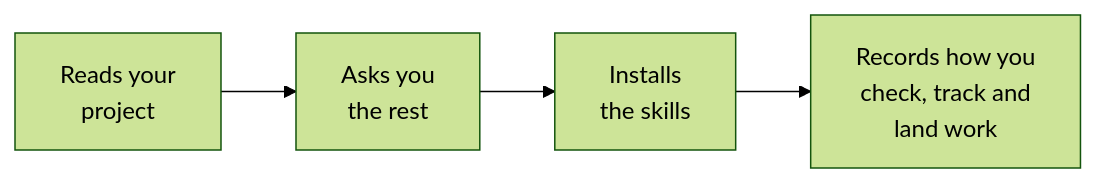
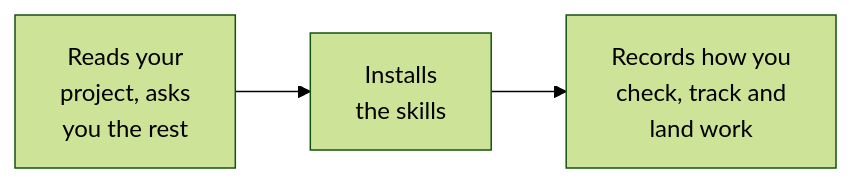
One commit to brandonbews/pumptrack changed the fourth of 4 diagrams in README.md. Above: the diagram before and after it, drawn with Mermaid (forest theme). The commit also changed other lines of this file, not shown here.

Commit message:
README diagrams fit GitHub's renderer: four diagrams, three boxes across, clear of its zoom controls

````diff
--- a/README.md
+++ b/README.md
@@ -48,4 +56,4 @@
 ```mermaid
 flowchart LR
-  read["Reads your<br/>project"] --> ask["Asks you<br/>the rest"] --> install["Installs<br/>the skills"] --> notes["Records how you<br/>check, track and<br/>land work"]
+  read["Reads your<br/>project, asks<br/>you the rest"] --> install["Installs<br/>the skills"] --> notes["Records how you<br/>check, track and<br/>land work"]
 ```
````
